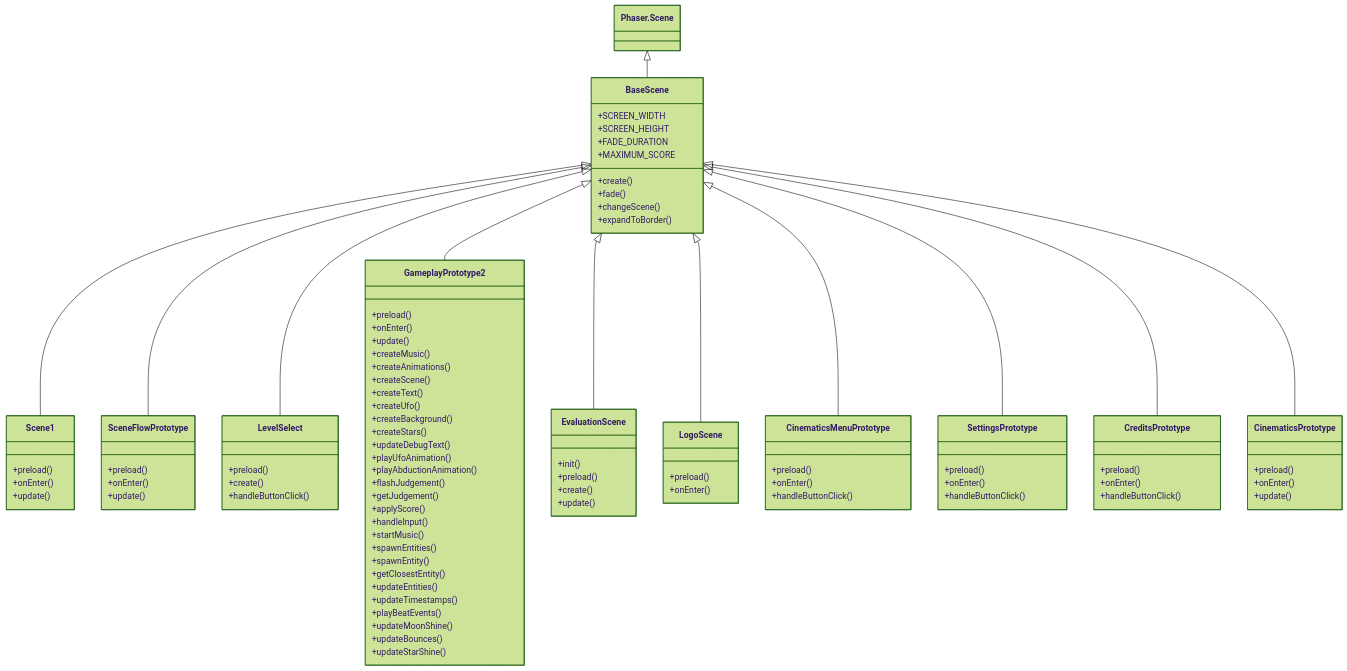
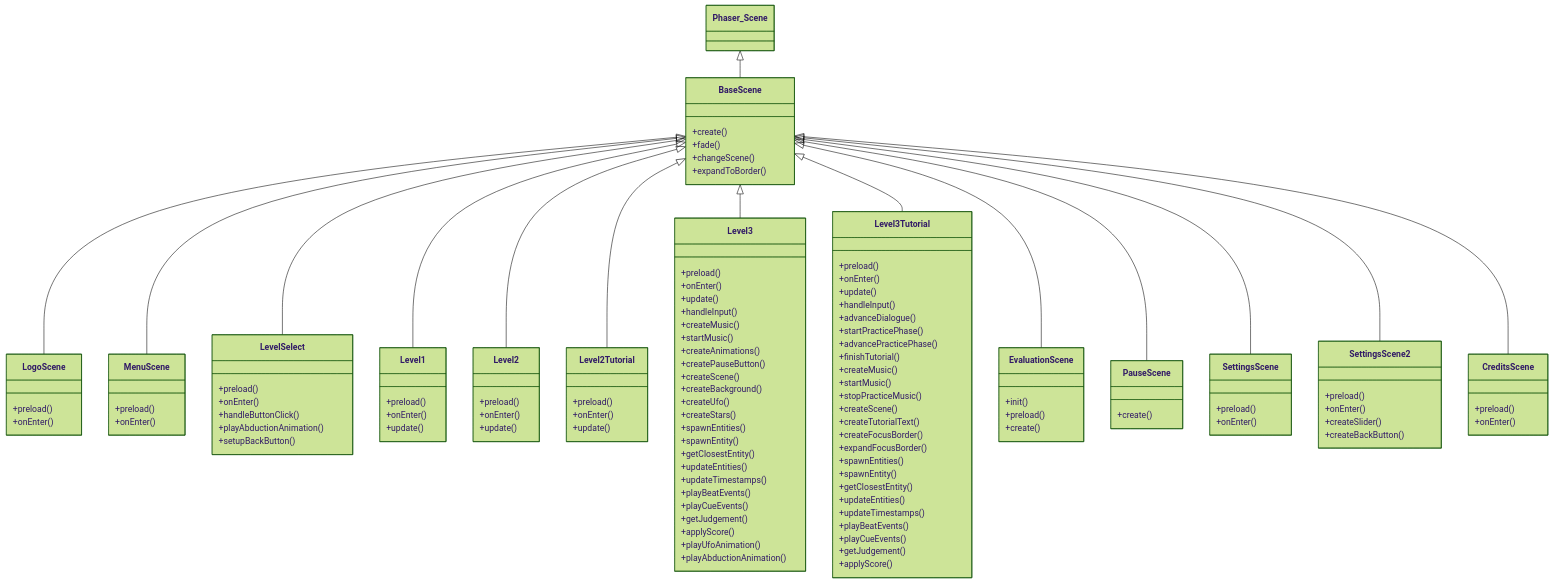
Before and after one commit to GustavMahler5/CMPM120FinalProject: the diagram in ARCHITECTURE.md, drawn with Mermaid (forest theme). The commit also changed 5 other files, not shown here.

Commit message:
update ASSETS.md update ARCHITECTURE.md add quit functionality in main menu reduce timing windows in level 1 and level 2

````diff
--- a/ARCHITECTURE.md
+++ b/ARCHITECTURE.md
@@ -3,41 +3,32 @@
 ```mermaid
 classDiagram
 
-Phaser.Scene <|-- BaseScene
+Phaser_Scene <|-- BaseScene
 
-BaseScene <|-- Scene1
-BaseScene <|-- SceneFlowPrototype
+BaseScene <|-- LogoScene
+BaseScene <|-- MenuScene
 BaseScene <|-- LevelSelect
-BaseScene <|-- GameplayPrototype2
+
+BaseScene <|-- Level1
+
+BaseScene <|-- Level2
+BaseScene <|-- Level2Tutorial
+
+BaseScene <|-- Level3
+BaseScene <|-- Level3Tutorial
+
 BaseScene <|-- EvaluationScene
 
-BaseScene <|-- LogoScene
-BaseScene <|-- CinematicsMenuPrototype
-BaseScene <|-- SettingsPrototype
-BaseScene <|-- CreditsPrototype
-BaseScene <|-- CinematicsPrototype
+BaseScene <|-- PauseScene
+BaseScene <|-- SettingsScene
+BaseScene <|-- SettingsScene2
+BaseScene <|-- CreditsScene
 
 class BaseScene {
-    +SCREEN_WIDTH
-    +SCREEN_HEIGHT
-    +FADE_DURATION
-    +MAXIMUM_SCORE
     +create()
     +fade()
     +changeScene()
     +expandToBorder()
-}
-
-class Scene1 {
-    +preload()
-    +onEnter()
-    +update()
-}
-
-class SceneFlowPrototype {
-    +preload()
-    +onEnter()
-    +update()
 }
 
 class LogoScene {
@@ -45,79 +36,114 @@
     +onEnter()
 }
 
-class CinematicsMenuPrototype {
+class MenuScene {
+    +preload()
+    +onEnter()
+}
+
+class LevelSelect {
     +preload()
     +onEnter()
     +handleButtonClick()
+    +playAbductionAnimation()
+    +setupBackButton()
 }
 
-class SettingsPrototype {
-    +preload()
-    +onEnter()
-    +handleButtonClick()
-}
-
-class CreditsPrototype {
-    +preload()
-    +onEnter()
-    +handleButtonClick()
-}
-
-class CinematicsPrototype {
+class Level1 {
     +preload()
     +onEnter()
     +update()
 }
 
-class LevelSelect {
-    +preload()
-    +create()
-    +handleButtonClick()
-}
-
-class GameplayPrototype2 {
+class Level2 {
     +preload()
     +onEnter()
     +update()
+}
 
+class Level2Tutorial {
+    +preload()
+    +onEnter()
+    +update()
+}
+
+class Level3 {
+    +preload()
+    +onEnter()
+    +update()
+    +handleInput()
     +createMusic()
+    +startMusic()
     +createAnimations()
+    +createPauseButton()
     +createScene()
-
-    +createText()
+    +createBackground()
     +createUfo()
-    +createBackground()
     +createStars()
-
-    +updateDebugText()
-
-    +playUfoAnimation()
-    +playAbductionAnimation()
-
-    +flashJudgement()
-    +getJudgement()
-    +applyScore()
-
-    +handleInput()
-    +startMusic()
-
     +spawnEntities()
     +spawnEntity()
     +getClosestEntity()
-
     +updateEntities()
     +updateTimestamps()
+    +playBeatEvents()
+    +playCueEvents()
+    +getJudgement()
+    +applyScore()
+    +playUfoAnimation()
+    +playAbductionAnimation()
+}
 
+class Level3Tutorial {
+    +preload()
+    +onEnter()
+    +update()
+    +handleInput()
+    +advanceDialogue()
+    +startPracticePhase()
+    +advancePracticePhase()
+    +finishTutorial()
+    +createMusic()
+    +startMusic()
+    +stopPracticeMusic()
+    +createScene()
+    +createTutorialText()
+    +createFocusBorder()
+    +expandFocusBorder()
+    +spawnEntities()
+    +spawnEntity()
+    +getClosestEntity()
+    +updateEntities()
+    +updateTimestamps()
     +playBeatEvents()
-    +updateMoonShine()
-    +updateBounces()
-    +updateStarShine()
+    +playCueEvents()
+    +getJudgement()
+    +applyScore()
 }
 
 class EvaluationScene {
     +init()
     +preload()
     +create()
-    +update()
+}
+
+class PauseScene {
+    +create()
+}
+
+class SettingsScene {
+    +preload()
+    +onEnter()
+}
+
+class SettingsScene2 {
+    +preload()
+    +onEnter()
+    +createSlider()
+    +createBackButton()
+}
+
+class CreditsScene {
+    +preload()
+    +onEnter()
 }
 ```
````
